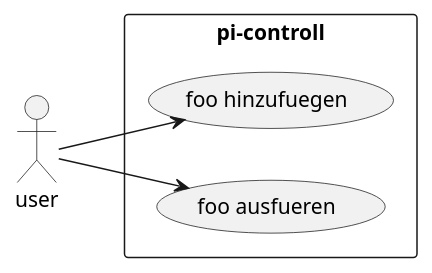
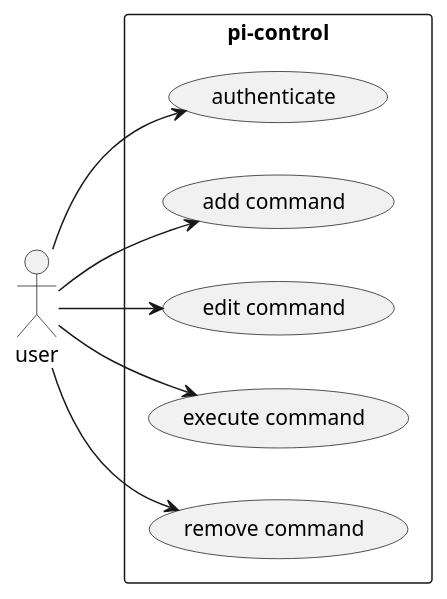
One commit to better-live-movement/concepts changed the diagram in pi_control/use-case.plantuml. Above: the diagram before and after it, drawn with PlantUML.

```diff
--- a/pi_control/use-case.plantuml
+++ b/pi_control/use-case.plantuml
@@ -1,11 +1,14 @@
 @startuml
 skinparam packageStyle rectangle
 left to right direction
 
 actor user
 
-rectangle pi-controll {
-  user --> (foo hinzufuegen)
-  user --> (foo ausfueren)
+rectangle pi-control {
+  user --> (authenticate)
+  user --> (add command)
+  user --> (edit command)
+  user --> (execute command)
+  user --> (remove command)
 }
 @enduml
```
